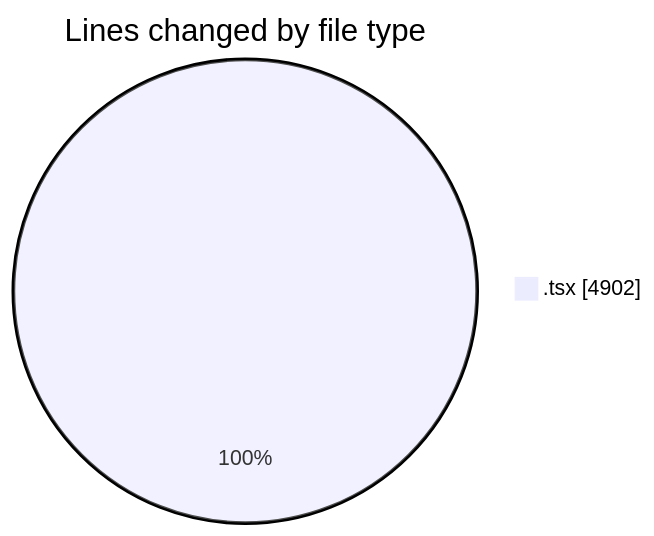
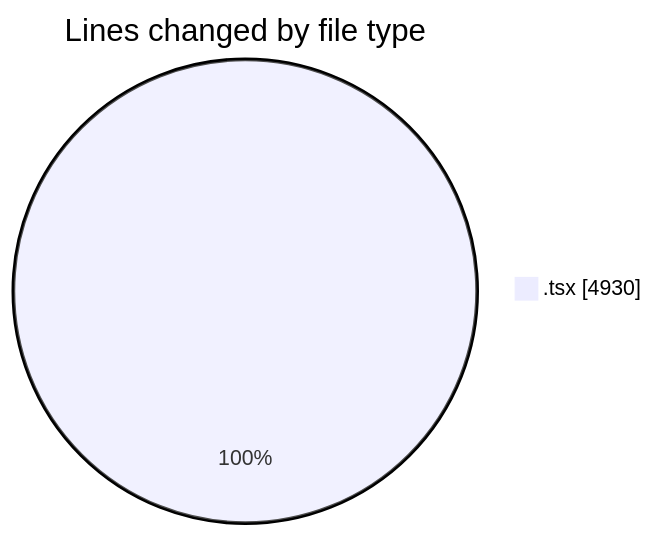
One commit to nxtqubesakshisongat/code-tracking changed the first of 2 diagrams in 2026-07-13/nxtqube_webapp/README.md. Above: the diagram before and after it, drawn with Mermaid. The commit also changed other lines of this file and 1 other file, not shown here.

````diff
--- a/2026-07-13/nxtqube_webapp/README.md
+++ b/2026-07-13/nxtqube_webapp/README.md
@@ -34,5 +34,5 @@
 ```mermaid
 pie showData
 title Lines changed by file type
-".tsx" : 4902
+".tsx" : 4930
 ```
````
